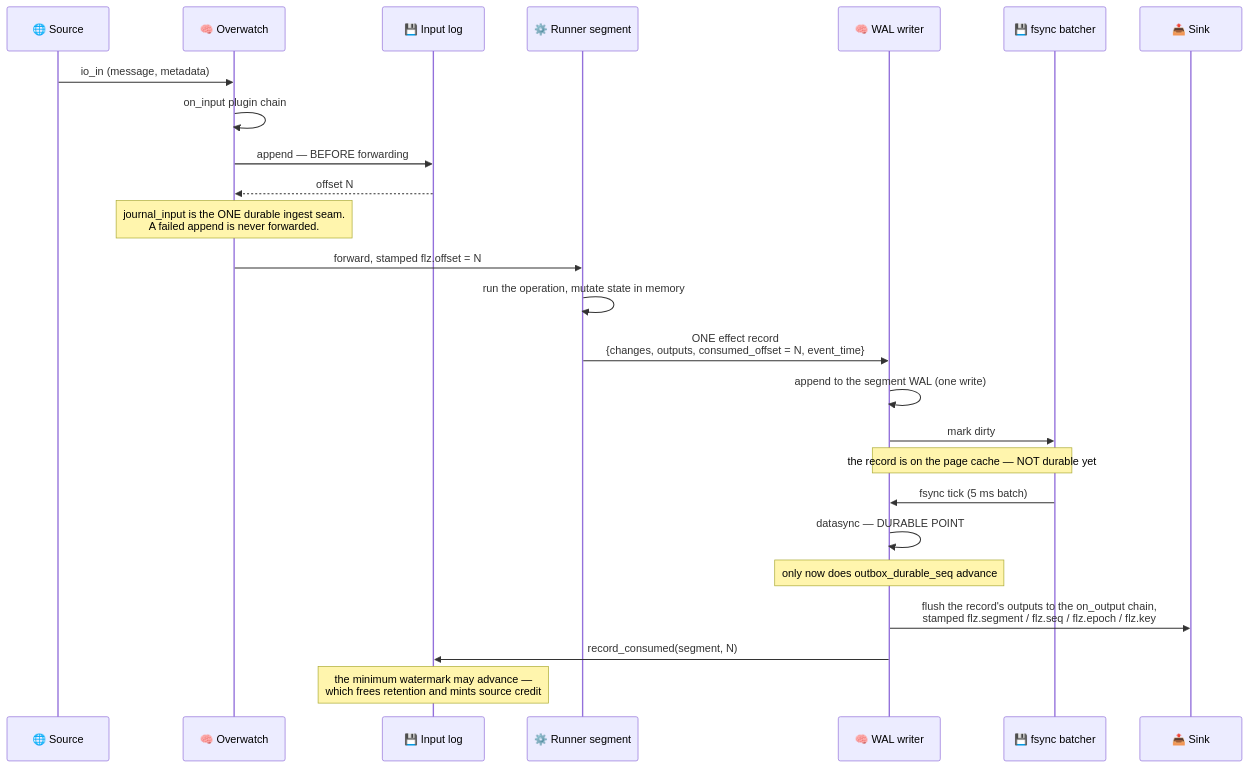
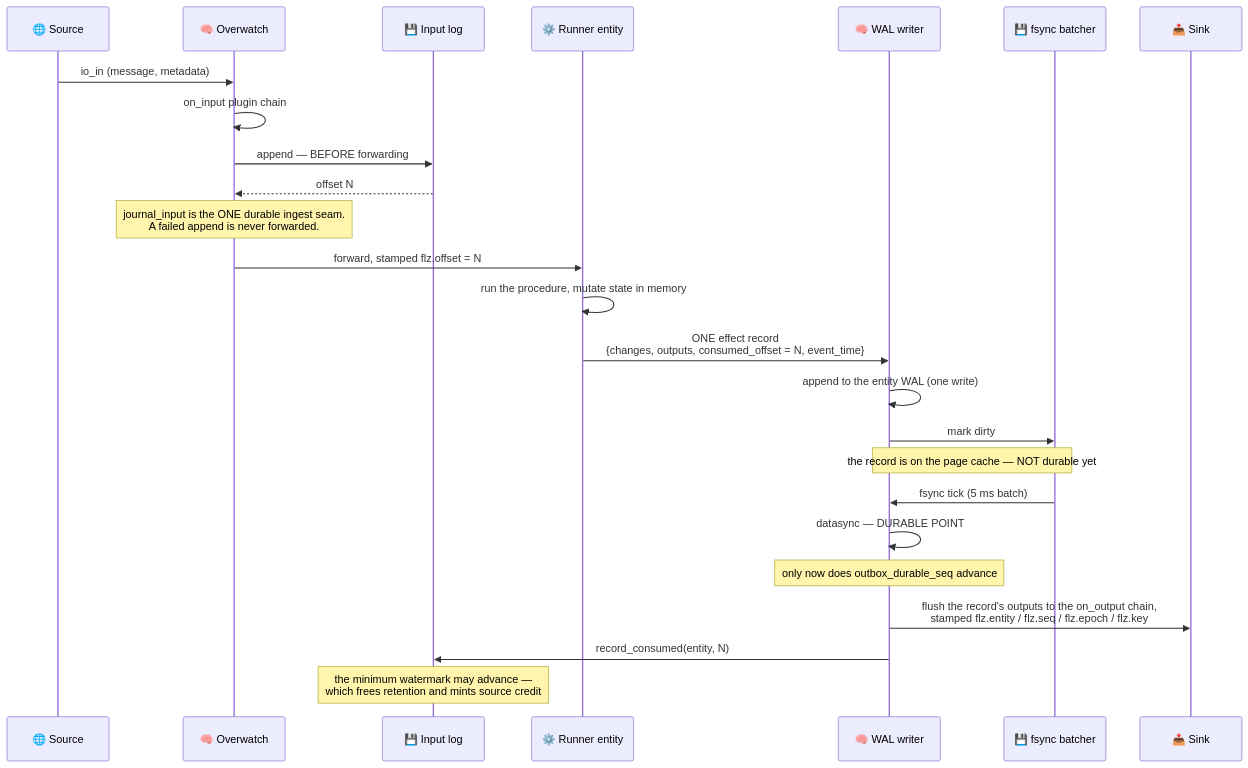
The first of 16 diagrams in docs/architecture/kernel.md (Flezha/flezha), drawn with Mermaid before and after one commit. The commit also changed other lines of this file and 658 other files, not shown here.

````diff
--- a/docs/architecture/kernel.md
+++ b/docs/architecture/kernel.md
@@ -29,31 +29,31 @@
 ```mermaid
 sequenceDiagram
     participant SRC as 🌐 Source
     participant OW as 🧠 Overwatch
     participant IL as 💾 Input log
-    participant EX as ⚙️ Runner segment
+    participant EX as ⚙️ Runner entity
     participant WW as 🧠 WAL writer
     participant FB as 💾 fsync batcher
     participant SINK as 📤 Sink
 
     SRC->>OW: io_in (message, metadata)
     OW->>OW: on_input plugin chain
     OW->>IL: append — BEFORE forwarding
     IL-->>OW: offset N
     Note over OW: journal_input is the ONE durable ingest seam.<br/>A failed append is never forwarded.
     OW->>EX: forward, stamped flz.offset = N
 
-    EX->>EX: run the operation, mutate state in memory
+    EX->>EX: run the procedure, mutate state in memory
     EX->>WW: ONE effect record<br/>{changes, outputs, consumed_offset = N, event_time}
-    WW->>WW: append to the segment WAL (one write)
+    WW->>WW: append to the entity WAL (one write)
     WW->>FB: mark dirty
     Note over WW,FB: the record is on the page cache — NOT durable yet
 
     FB->>WW: fsync tick (5 ms batch)
     WW->>WW: datasync — DURABLE POINT
     Note over WW: only now does outbox_durable_seq advance
 
-    WW->>SINK: flush the record's outputs to the on_output chain,<br/>stamped flz.segment / flz.seq / flz.epoch / flz.key
-    WW->>IL: record_consumed(segment, N)
+    WW->>SINK: flush the record's outputs to the on_output chain,<br/>stamped flz.entity / flz.seq / flz.epoch / flz.key
+    WW->>IL: record_consumed(entity, N)
     Note over IL: the minimum watermark may advance —<br/>which frees retention and mints source credit
 ```
````
